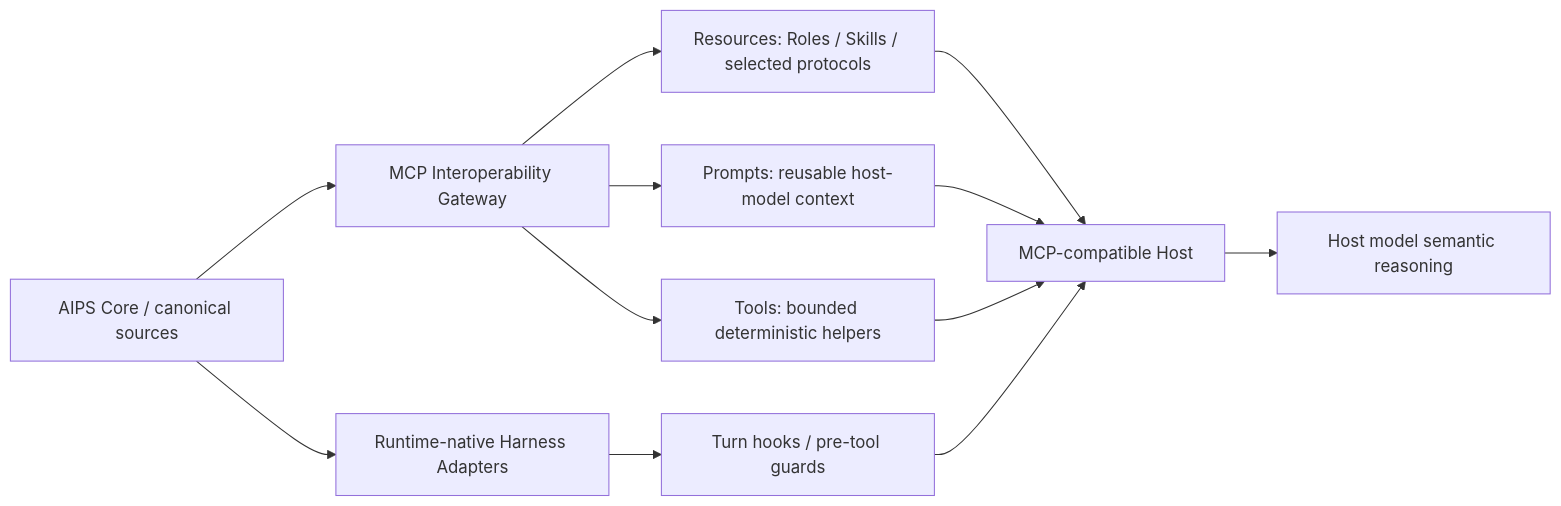
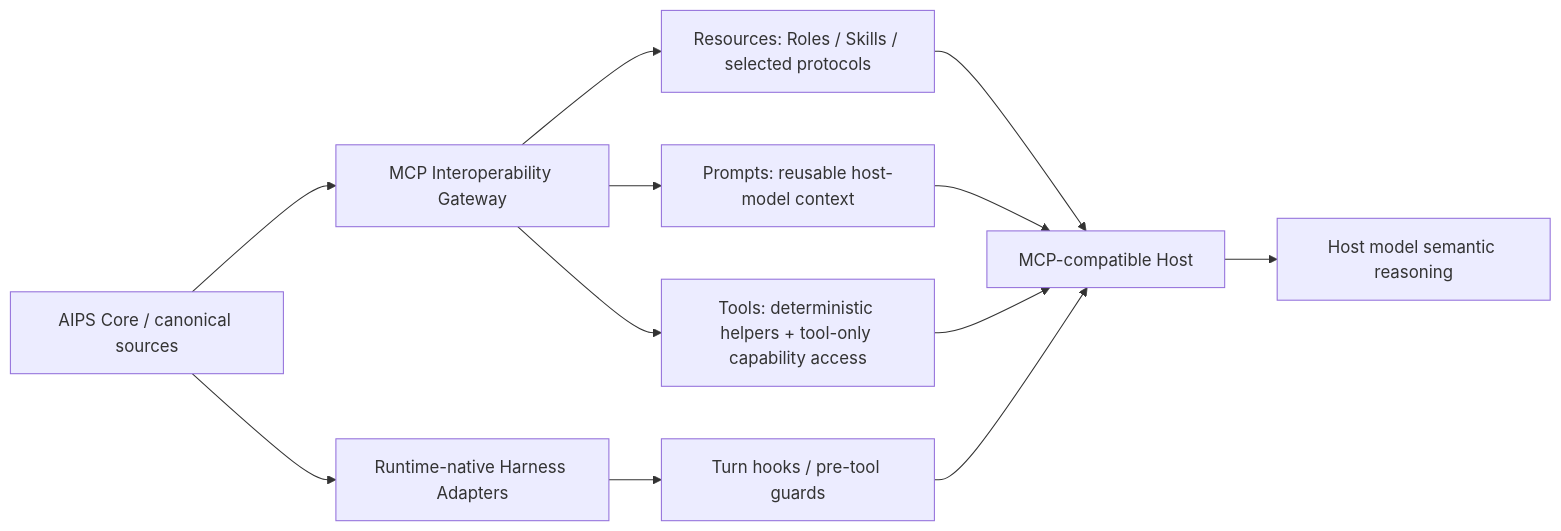
Diagram 36 of 36 in docs/ARCHITECTURE.md (LucasLu3918/ai-product-system), drawn with Mermaid before and after one commit. The commit also changed other lines of this file and 25 other files, not shown here.

```diff
--- a/docs/ARCHITECTURE.md
+++ b/docs/ARCHITECTURE.md
@@ -819,15 +819,15 @@
 ~~~mermaid
 flowchart LR
     CORE[AIPS Core / canonical sources]
     CORE --> MCP[MCP Interoperability Gateway]
     MCP --> RES[Resources: Roles / Skills / selected protocols]
     MCP --> PR[Prompts: reusable host-model context]
-    MCP --> TOOLS[Tools: bounded deterministic helpers]
+    MCP --> TOOLS[Tools: deterministic helpers + tool-only capability access]
     RES --> HOST[MCP-compatible Host]
     PR --> HOST
     TOOLS --> HOST
     CORE --> NATIVE[Runtime-native Harness Adapters]
     NATIVE --> HOOKS[Turn hooks / pre-tool guards]
     HOOKS --> HOST
     HOST --> MODEL[Host model semantic reasoning]
 ~~~
```
